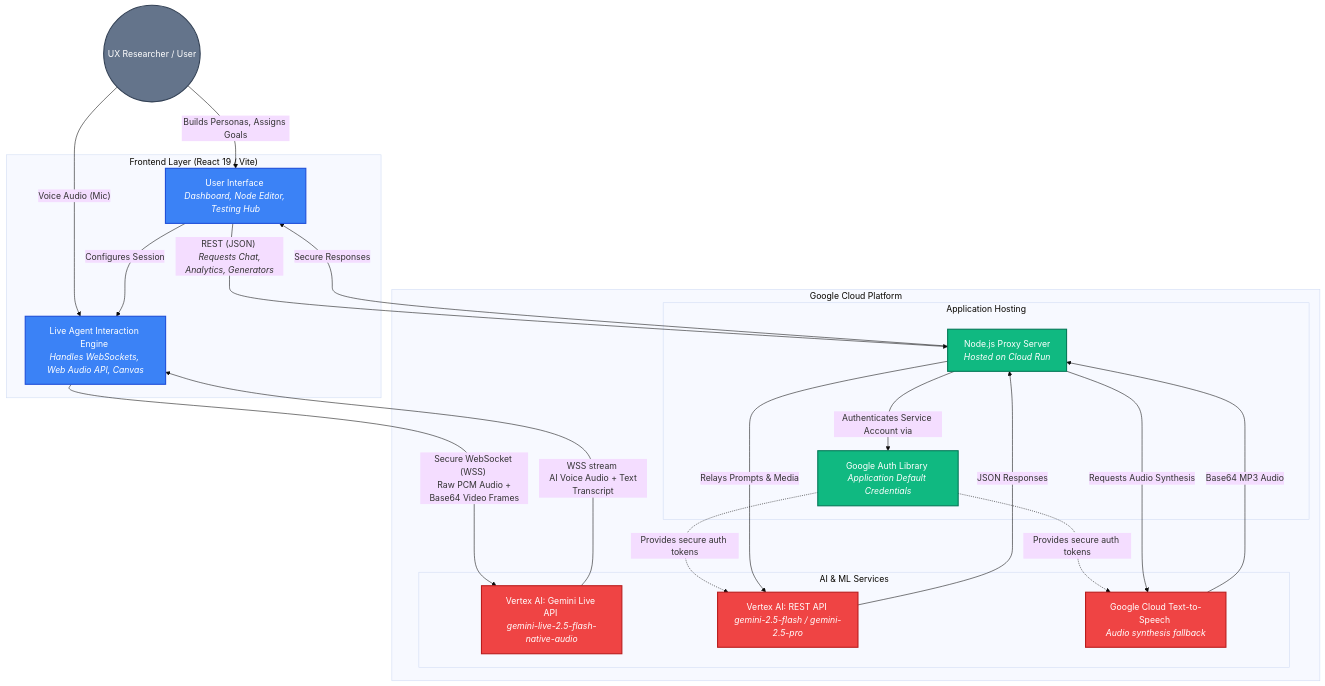
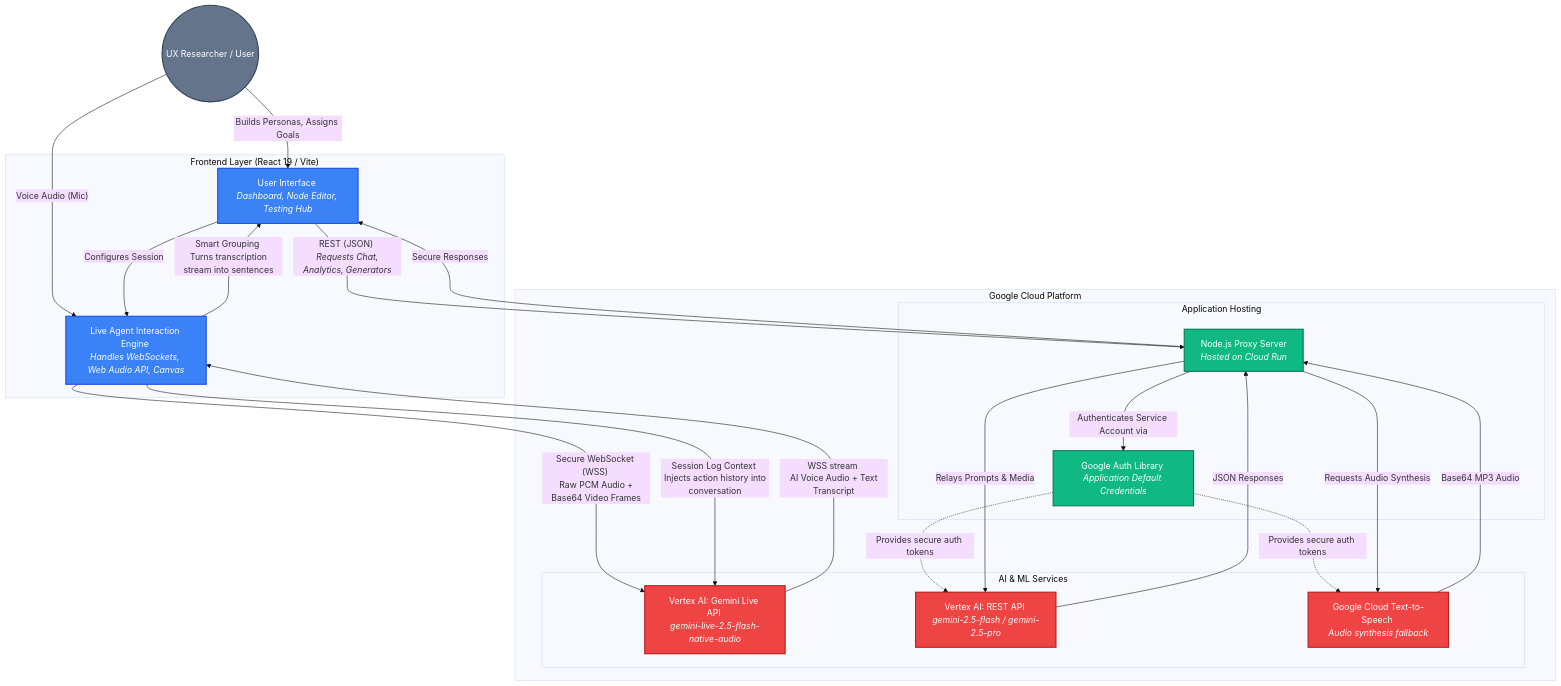
Before and after one commit to aniketchandekar/rekvin-persona-engine: the diagram in architecture_diagram.md, drawn with Mermaid (base theme). The commit also changed 5 other files, not shown here.

Commit message:
feat: implement interactive conversation mode, chat-style transcription UI, and smart grouping. Update documentation.

````diff
--- a/architecture_diagram.md
+++ b/architecture_diagram.md
@@ -5,52 +5,54 @@
 ```mermaid
 graph TD
     %% Styling
     classDef frontend fill:#3b82f6,stroke:#1d4ed8,stroke-width:2px,color:white;
     classDef backend fill:#10b981,stroke:#047857,stroke-width:2px,color:white;
     classDef google fill:#ef4444,stroke:#b91c1c,stroke-width:2px,color:white;
     classDef database fill:#f59e0b,stroke:#d97706,stroke-width:2px,color:white;
     classDef actor fill:#64748b,stroke:#334155,stroke-width:2px,color:white;
 
     %% Actors
     User((UX Researcher / User)):::actor
 
     subgraph "Frontend Layer (React 19 / Vite)"
         UI[User Interface <br><i>Dashboard, Node Editor, Testing Hub</i>]:::frontend
         AgentEngine[Live Agent Interaction Engine <br><i>Handles WebSockets, Web Audio API, Canvas</i>]:::frontend
     end
 
     subgraph "Google Cloud Platform"
         subgraph "Application Hosting"
             BackendProxy[Node.js Proxy Server <br><i>Hosted on Cloud Run</i>]:::backend
             ADC[Google Auth Library <br><i>Application Default Credentials</i>]:::backend
         end
 
         subgraph "AI & ML Services"
             GeminiLive[Vertex AI: Gemini Live API <br><i>gemini-live-2.5-flash-native-audio</i>]:::google
             GeminiREST[Vertex AI: REST API <br><i>gemini-2.5-flash / gemini-2.5-pro</i>]:::google
             CloudTTS[Google Cloud Text-to-Speech <br><i>Audio synthesis fallback</i>]:::google
         end
     end
 
     %% Connections
     User -- "Builds Personas, Assigns Goals" --> UI
     User -- "Voice Audio (Mic)" --> AgentEngine
     UI -- "Configures Session" --> AgentEngine
 
     %% Live API Connection
     AgentEngine -- "Secure WebSocket (WSS) <br> Raw PCM Audio + Base64 Video Frames" --> GeminiLive
     GeminiLive -- "WSS stream <br> AI Voice Audio + Text Transcript" --> AgentEngine
+    AgentEngine -- "Smart Grouping <br> Turns transcription stream into sentences" --> UI
+    AgentEngine -- "Session Log Context <br> Injects action history into conversation" --> GeminiLive
 
     %% Proxy Connections (REST)
     UI -- "REST (JSON) <br> <i>Requests Chat, Analytics, Generators</i>" --> BackendProxy
     BackendProxy -- "Authenticates Service Account via" --> ADC
     ADC -. "Provides secure auth tokens" .-> GeminiREST
     ADC -. "Provides secure auth tokens" .-> CloudTTS
     
     BackendProxy -- "Relays Prompts & Media" --> GeminiREST
     BackendProxy -- "Requests Audio Synthesis" --> CloudTTS
     
     GeminiREST -- "JSON Responses" --> BackendProxy
     CloudTTS -- "Base64 MP3 Audio" --> BackendProxy
     BackendProxy -- "Secure Responses" --> UI
 ```
````
